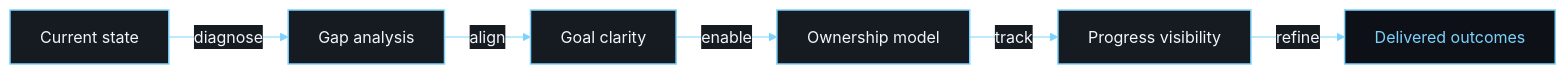
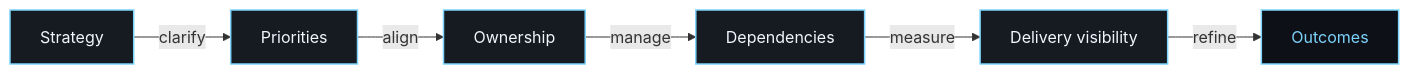
One commit to deveninception/deveninception changed the first of 2 diagrams in README.md. Above: the diagram before and after it, drawn with Mermaid. The commit also changed other lines of this file, not shown here.

Commit message:
Improve the GitHub profile README to sharpen value proposition, add clearer headings, and provide a stronger delivery leadership message.

````diff
--- a/README.md
+++ b/README.md
@@ -23,14 +23,13 @@
 ```mermaid
-%%{init: {'theme': 'base', 'themeVariables': { 'fontFamily': 'Segoe UI, Arial, sans-serif', 'primaryColor': '#0d1117', 'primaryTextColor': '#f0f6fc', 'primaryBorderColor': '#7dd3fc', 'lineColor': '#7dd3fc', 'secondaryColor': '#161b22', 'tertiaryColor': '#0d1117', 'background': '#0d1117'}}}%%
 flowchart LR
-    A[Current state] -->|diagnose| B[Gap analysis]
-    B -->|align| C[Goal clarity]
-    C -->|enable| D[Ownership model]
-    D -->|track| E[Progress visibility]
-    E -->|refine| F[Delivered outcomes]
+    A[Strategy] -->|clarify| B[Priorities]
+    B -->|align| C[Ownership]
+    C -->|manage| D[Dependencies]
+    D -->|measure| E[Delivery visibility]
+    E -->|refine| F[Outcomes]
 
     classDef node fill:#161b22,stroke:#7dd3fc,stroke-width:1.5px,color:#f0f6fc;
     classDef outcome fill:#0d1117,stroke:#7dd3fc,stroke-width:1.5px,color:#7dd3fc;
     class A,B,C,D,E node;
     class F outcome;
 ```
````
